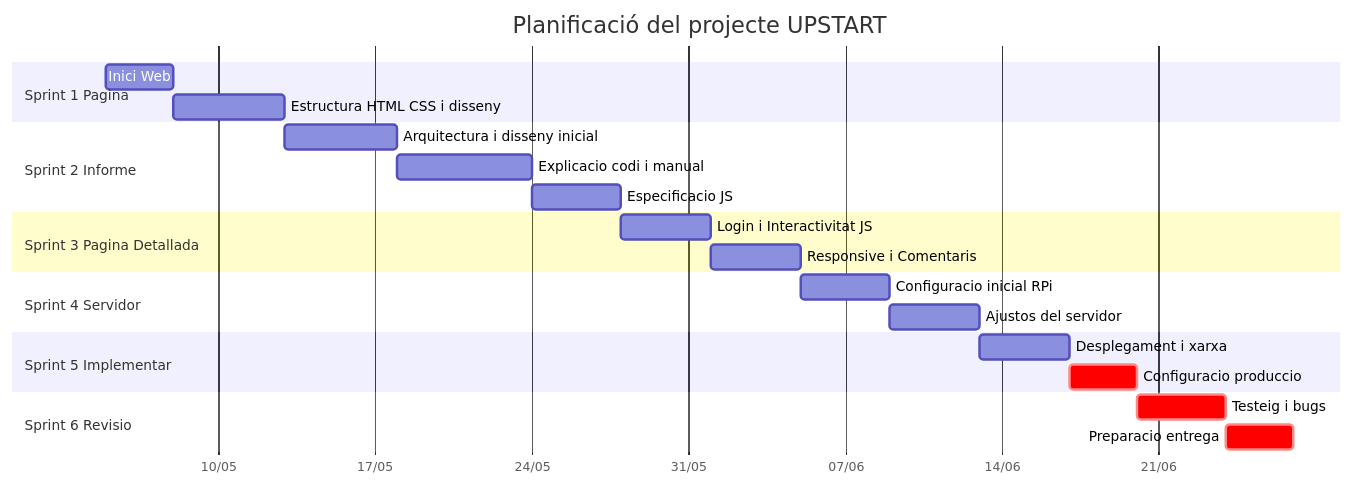
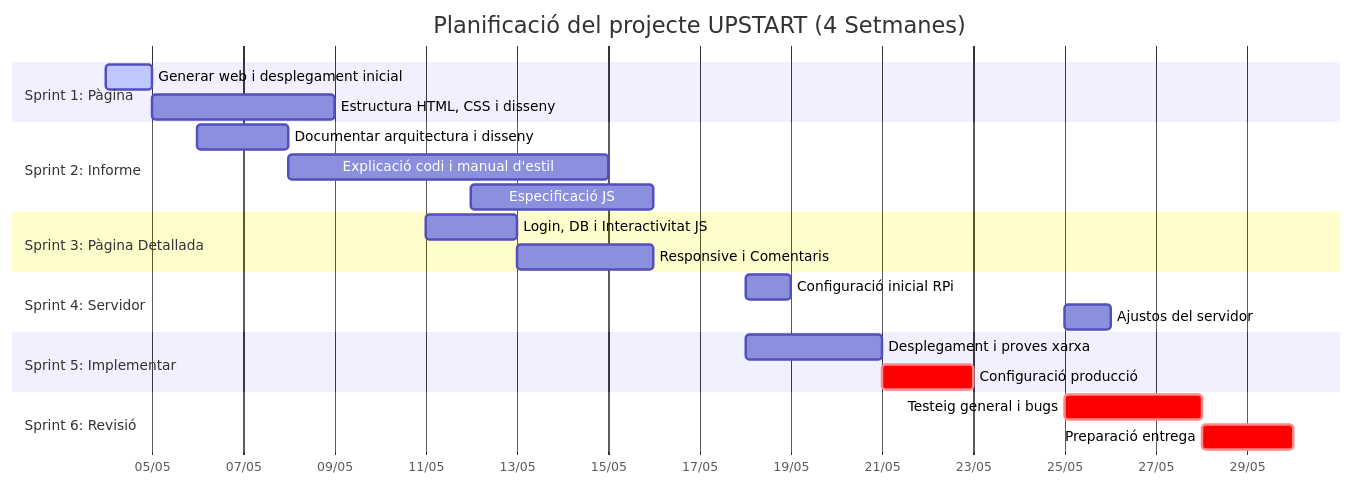
Before and after one commit to Sukhdeep777/upstart: the diagram in README.md, drawn with Mermaid.

````diff
--- a/README.md
+++ b/README.md
@@ -2,31 +2,31 @@
 ```mermaid
 gantt
-    title Planificació del projecte UPSTART
+    title Planificació del projecte UPSTART (4 Setmanes)
     dateFormat  YYYY-MM-DD
     axisFormat  %d/%m
 
-    section Sprint 1 Pagina
-    Inici Web :s1t1, 2026-05-05, 3d
-    Estructura HTML CSS i disseny  :s1t2, after s1t1, 5d
+    section Sprint 1: Pàgina
+    Generar web i desplegament inicial :active, s1t1, 2026-05-04, 1d
+    Estructura HTML, CSS i disseny     :s1t2, after s1t1, 4d
 
-    section Sprint 2 Informe
-    Arquitectura i disseny inicial :s2t1, after s1t2, 5d
-    Explicacio codi i manual       :s2t2, after s2t1, 6d
-    Especificacio JS               :s2t3, after s2t2, 4d
+    section Sprint 2: Informe
+    Documentar arquitectura i disseny  :s2t1, 2026-05-06, 2d
+    Explicació codi i manual d'estil   :s2t2, 2026-05-08, 7d
+    Especificació JS                   :s2t3, 2026-05-12, 4d
 
-    section Sprint 3 Pagina Detallada
-    Login i Interactivitat JS      :s3t1, after s2t3, 4d
-    Responsive i Comentaris        :s3t2, after s3t1, 4d
+    section Sprint 3: Pàgina Detallada
+    Login, DB i Interactivitat JS      :s3t1, 2026-05-11, 2d
+    Responsive i Comentaris            :s3t2, 2026-05-13, 3d
 
-    section Sprint 4 Servidor
-    Configuracio inicial RPi       :s4t1, after s3t2, 4d
-    Ajustos del servidor           :s4t2, after s4t1, 4d
+    section Sprint 4: Servidor
+    Configuració inicial RPi           :s4t1, 2026-05-18, 1d
+    Ajustos del servidor               :s4t2, 2026-05-25, 1d
 
-    section Sprint 5 Implementar
-    Desplegament i xarxa           :s5t1, after s4t2, 4d
-    Configuracio produccio         :crit, s5t2, after s5t1, 3d
+    section Sprint 5: Implementar
+    Desplegament i proves xarxa        :s5t1, 2026-05-18, 3d
+    Configuració producció             :crit, s5t2, 2026-05-21, 2d
 
-    section Sprint 6 Revisio
-    Testeig i bugs                 :crit, s6t1, after s5t2, 4d
-    Preparacio entrega             :crit, s6t2, after s6t1, 3d
+    section Sprint 6: Revisió
+    Testeig general i bugs             :crit, s6t1, 2026-05-25, 3d
+    Preparació entrega                 :crit, s6t2, 2026-05-28, 2d
 ```
````
